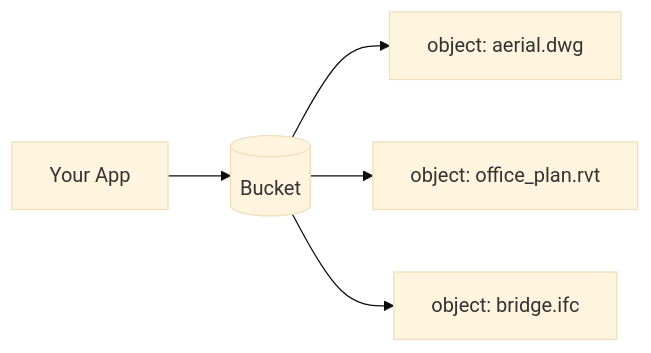
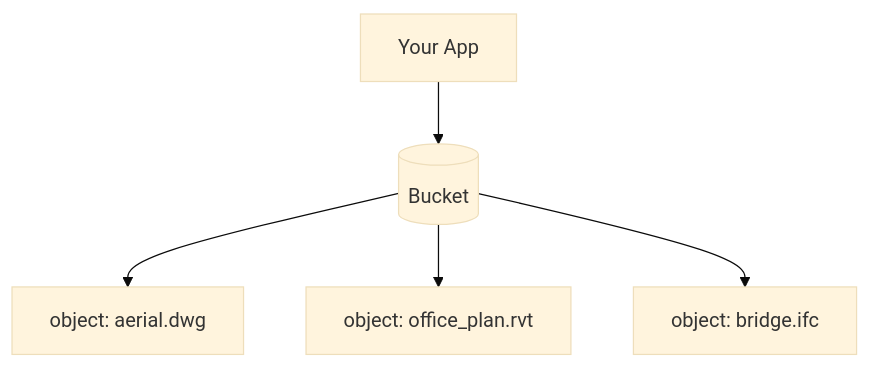
Before and after one commit to paulgovan/AutoDeskR-Book: the diagram in data-management.qmd, drawn with Mermaid (base theme). The commit also changed 158 other files, not shown here.

````diff
--- a/data-management.qmd
+++ b/data-management.qmd
@@ -9,8 +9,8 @@
 ```{mermaid}
 %%| fig-width: 4.5
-graph LR
+graph TD
   A[Your App] --> B[(Bucket)]
   B --> C[object: aerial.dwg]
   B --> D[object: office_plan.rvt]
   B --> E[object: bridge.ifc]
 ```
````
